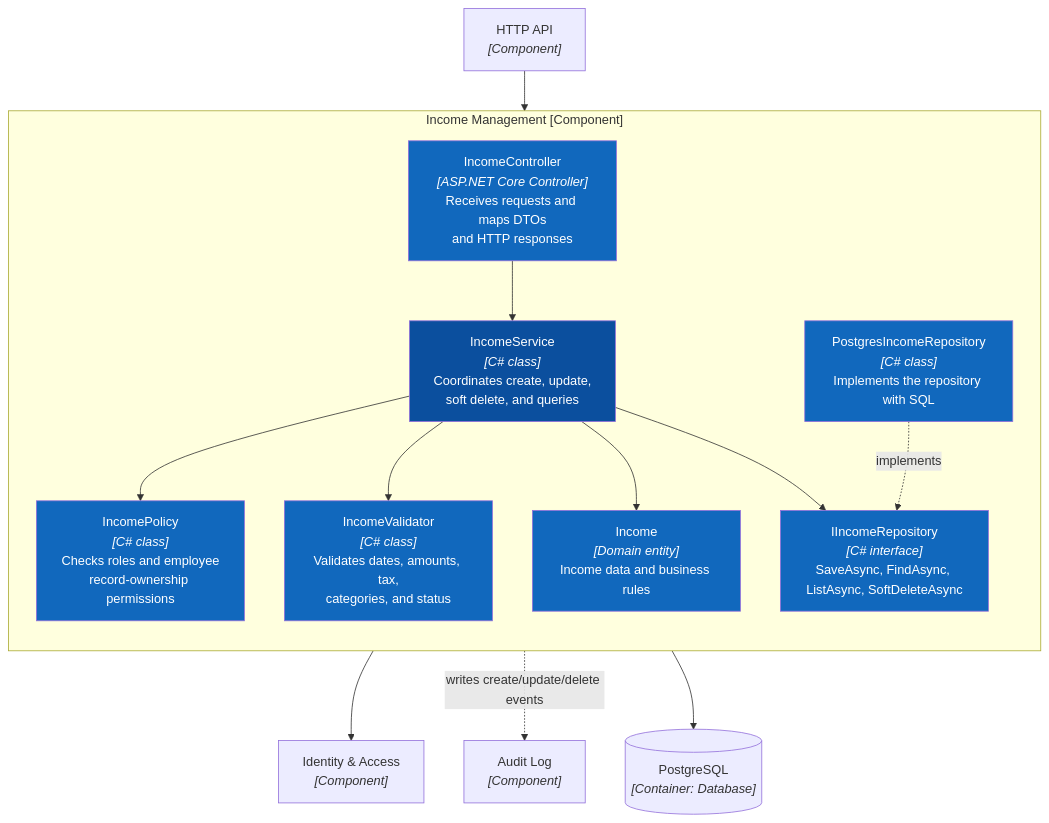
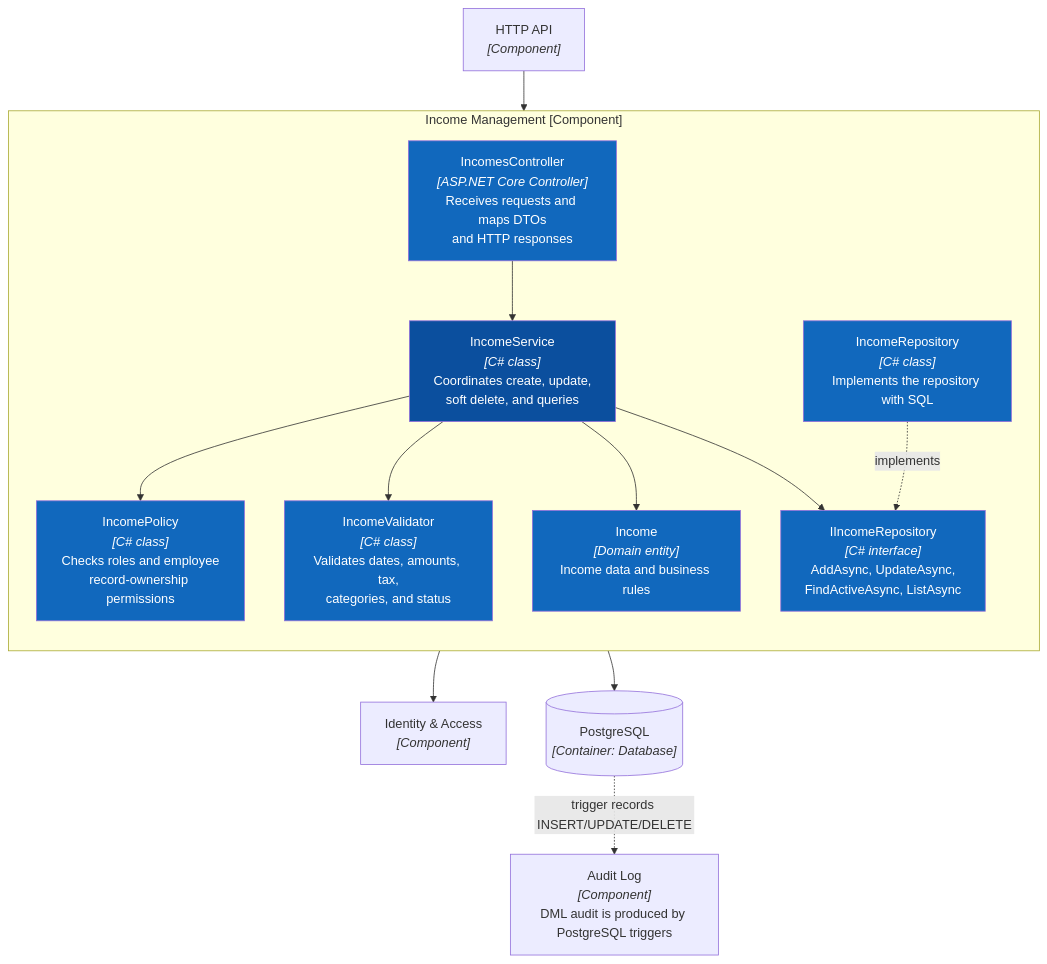
One commit to PhamHiep948/finance-manager changed the first of 2 diagrams in docs/architecture/c4/04-code.md. Above: the diagram before and after it, drawn with Mermaid. The commit also changed other lines of this file and 63 other files, not shown here.

Commit message:
Update income/expense UI, C4/runtime diagrams

````diff
--- a/docs/architecture/c4/04-code.md
+++ b/docs/architecture/c4/04-code.md
@@ -9,38 +9,38 @@
 ```mermaid
 flowchart TB
     subgraph income["Income Management [Component]"]
         direction TB
-        handler["IncomeController<br/><i>[ASP.NET Core Controller]</i><br/>Receives requests and maps DTOs<br/>and HTTP responses"]
+        handler["IncomesController<br/><i>[ASP.NET Core Controller]</i><br/>Receives requests and maps DTOs<br/>and HTTP responses"]
         service["IncomeService<br/><i>[C# class]</i><br/>Coordinates create, update,<br/>soft delete, and queries"]
         policy["IncomePolicy<br/><i>[C# class]</i><br/>Checks roles and employee<br/>record-ownership permissions"]
         validator["IncomeValidator<br/><i>[C# class]</i><br/>Validates dates, amounts, tax,<br/>categories, and status"]
         model["Income<br/><i>[Domain entity]</i><br/>Income data and business rules"]
-        repository["IIncomeRepository<br/><i>[C# interface]</i><br/>SaveAsync, FindAsync, ListAsync, SoftDeleteAsync"]
-        postgres["PostgresIncomeRepository<br/><i>[C# class]</i><br/>Implements the repository with SQL"]
+        repository["IIncomeRepository<br/><i>[C# interface]</i><br/>AddAsync, UpdateAsync,<br/>FindActiveAsync, ListAsync"]
+        postgres["IncomeRepository<br/><i>[C# class]</i><br/>Implements the repository with SQL"]
 
         handler --> service
         service --> policy
         service --> validator
         service --> model
         service --> repository
         postgres -.->|"implements"| repository
     end
 
     api["HTTP API<br/><i>[Component]</i>"]
     identity["Identity & Access<br/><i>[Component]</i>"]
-    audit["Audit Log<br/><i>[Component]</i>"]
+    audit["Audit Log<br/><i>[Component]</i><br/>DML audit is produced by PostgreSQL triggers"]
     db[("PostgreSQL<br/><i>[Container: Database]</i>")]
 
     api --> handler
     policy --> identity
-    service -.->|"writes create/update/delete events"| audit
     postgres --> db
+    db -.->|"trigger records INSERT/UPDATE/DELETE"| audit
 
     style handler fill:#1168bd,color:#fff
     style service fill:#0b4f9e,color:#fff
     style policy fill:#1168bd,color:#fff
     style validator fill:#1168bd,color:#fff
     style model fill:#1168bd,color:#fff
     style repository fill:#1168bd,color:#fff
     style postgres fill:#1168bd,color:#fff
 ```
````
